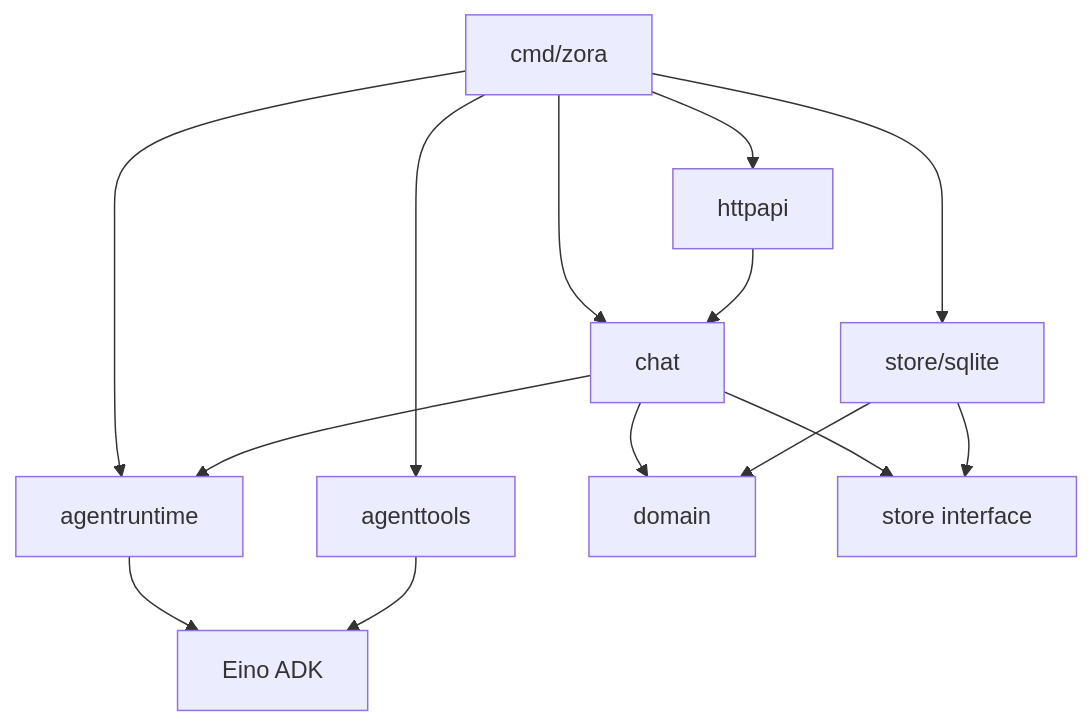
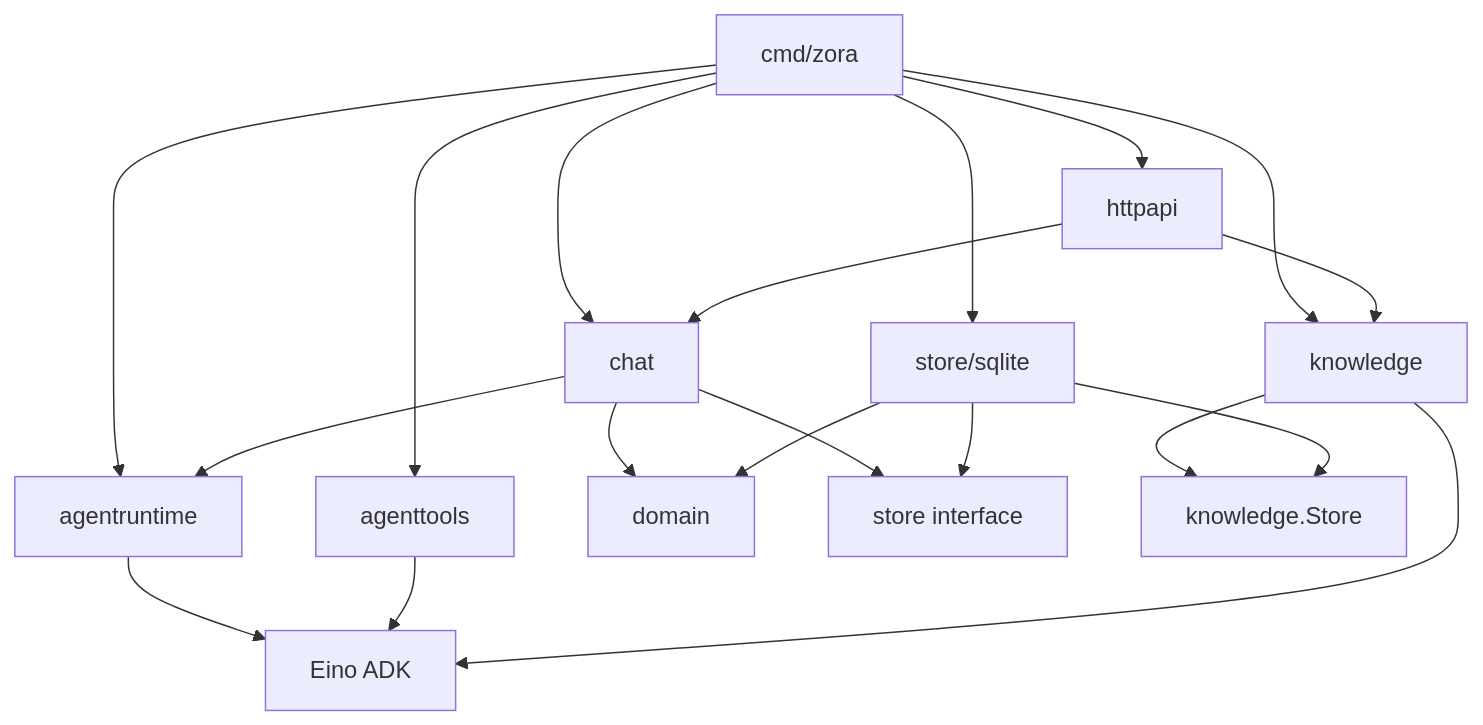
One commit to zora-DD/zora changed the first of 5 diagrams in docs/technical-design.md. Above: the diagram before and after it, drawn with Mermaid. The commit also changed other lines of this file and 30 other files, not shown here.

````diff
--- a/docs/technical-design.md
+++ b/docs/technical-design.md
@@ -41,16 +42,21 @@
 ```mermaid
 flowchart TD
     Main["cmd/zora"] --> HTTP["httpapi"]
     Main --> Chat["chat"]
     Main --> Runtime["agentruntime"]
     Main --> SQLite["store/sqlite"]
     Main --> Tools["agenttools"]
+    Main --> Knowledge["knowledge"]
     HTTP --> Chat
+    HTTP --> Knowledge
     Chat --> Domain["domain"]
     Chat --> Store["store interface"]
     Chat --> Runtime
     Runtime --> Eino["Eino ADK"]
     Tools --> Eino
+    Knowledge --> Eino
+    Knowledge --> KStore["knowledge.Store"]
     SQLite --> Store
+    SQLite --> KStore
     SQLite --> Domain
 ```
````
